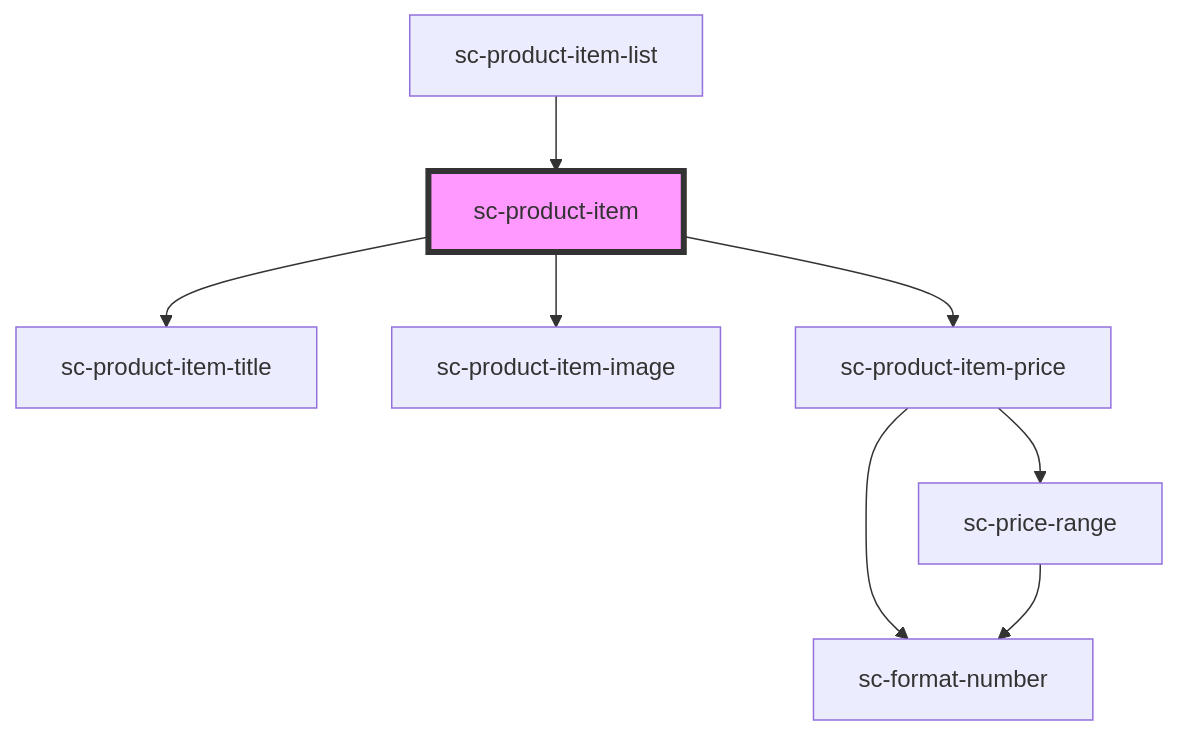
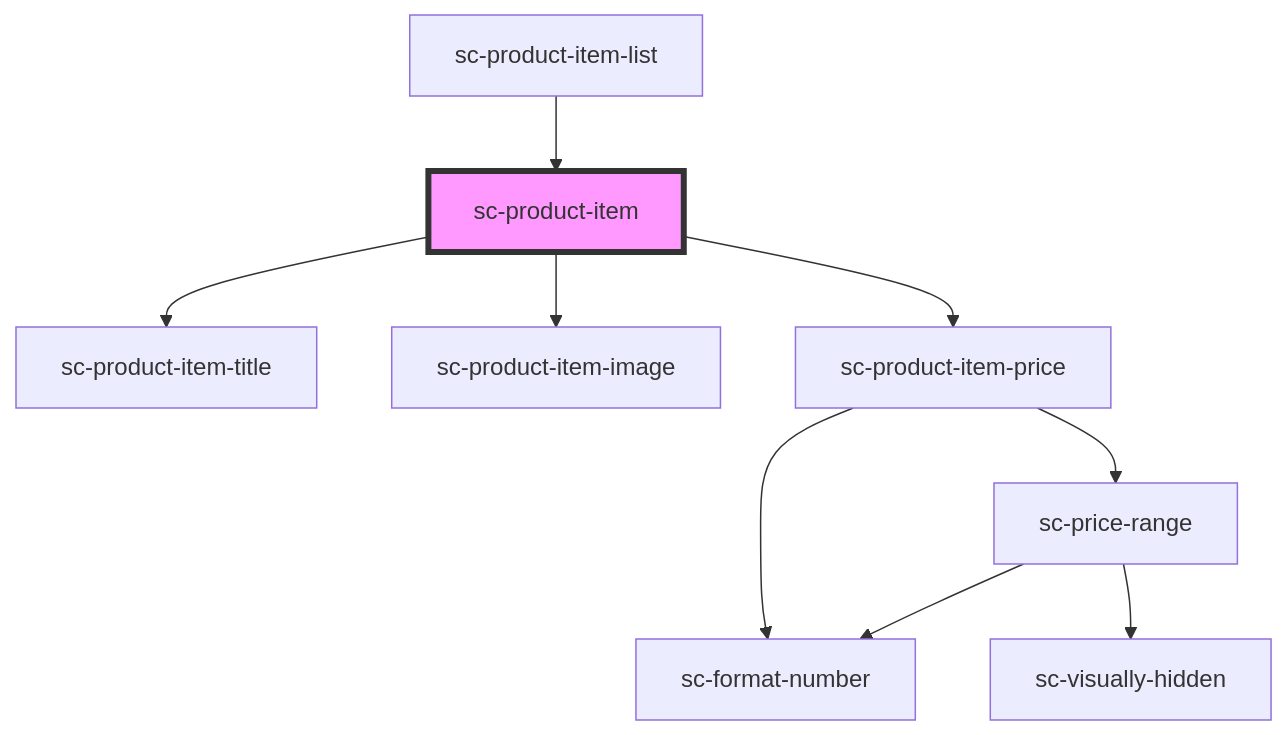
Before and after one commit to surecart/surecart-wp-plugin: the diagram in packages/components/src/components/controllers/products/sc-product-item/readme.md, drawn with Mermaid. The commit also changed 98 other files, not shown here.

````diff
--- a/packages/components/src/components/controllers/products/sc-product-item/readme.md
+++ b/packages/components/src/components/controllers/products/sc-product-item/readme.md
@@ -38,11 +38,12 @@
 ```mermaid
 graph TD;
   sc-product-item --> sc-product-item-title
   sc-product-item --> sc-product-item-image
   sc-product-item --> sc-product-item-price
   sc-product-item-price --> sc-format-number
   sc-product-item-price --> sc-price-range
   sc-price-range --> sc-format-number
+  sc-price-range --> sc-visually-hidden
   sc-product-item-list --> sc-product-item
   style sc-product-item fill:#f9f,stroke:#333,stroke-width:4px
 ```
````
